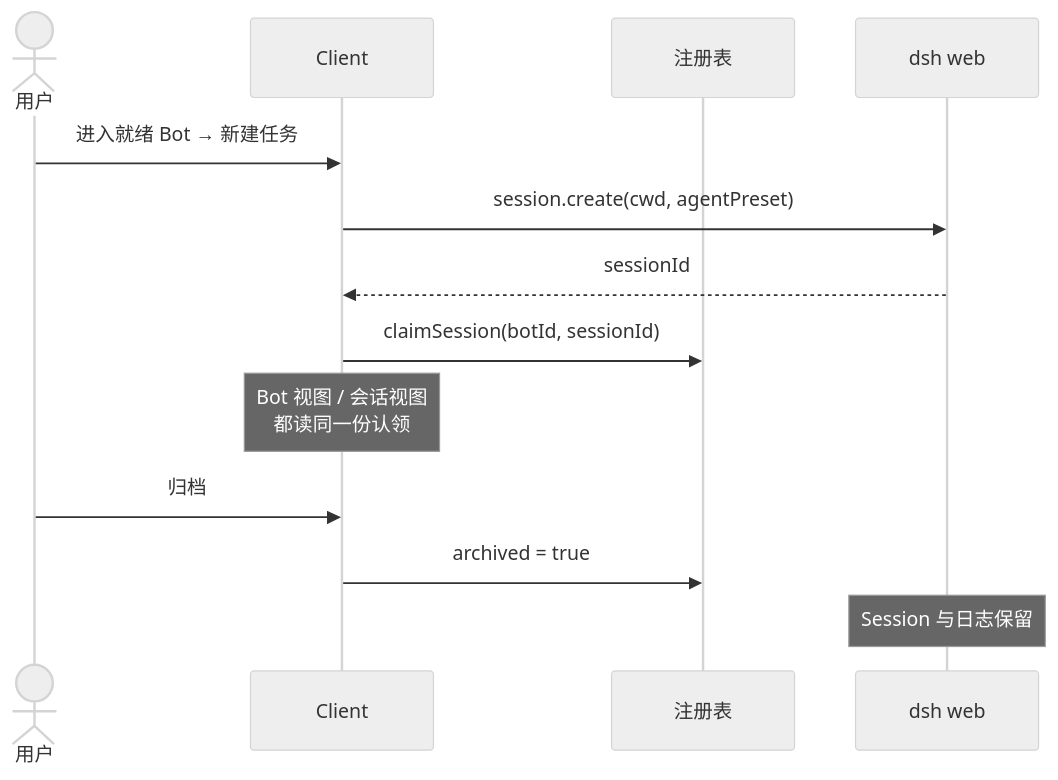
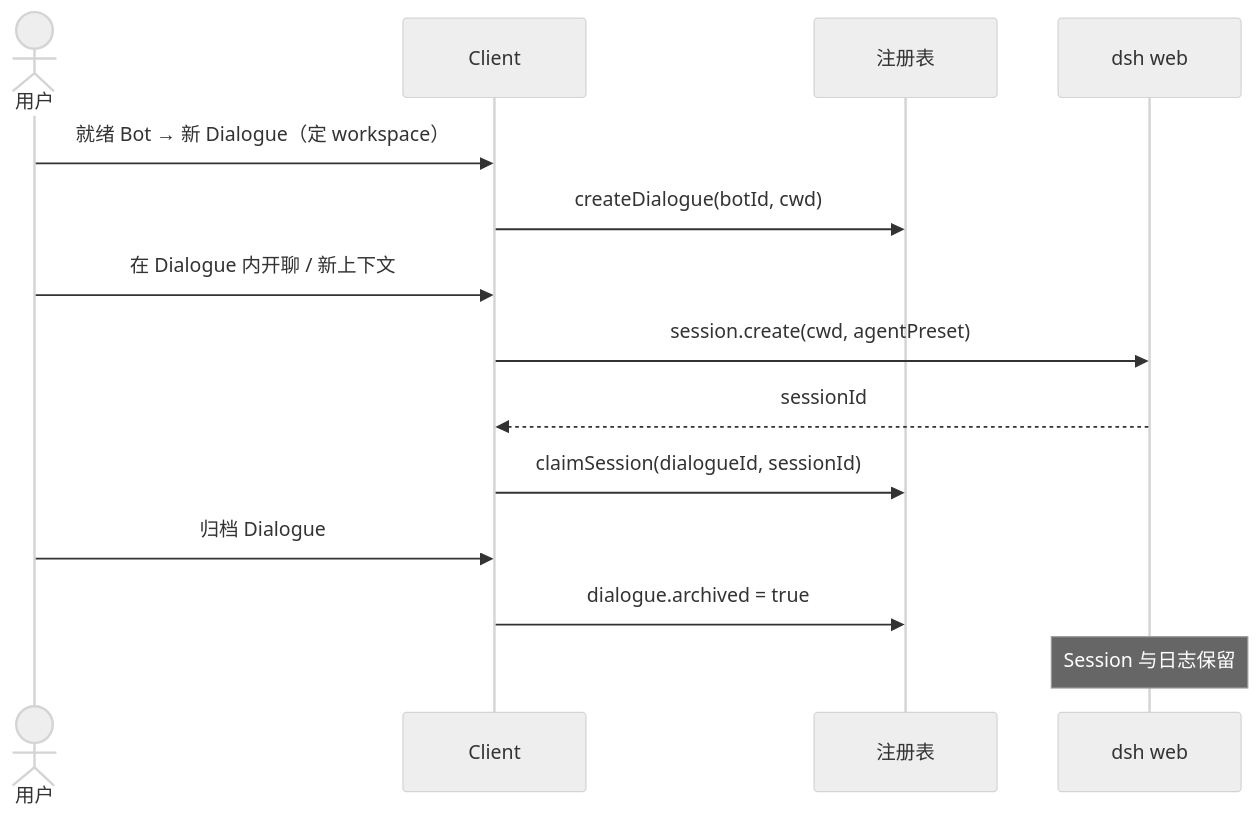
Before and after one commit to aningdev/MyAid: the fifth of 6 diagrams in docs/BOT_SESSION_MAP.md, drawn with Mermaid (neutral theme). The commit also changed other lines of this file and 26 other files, not shown here.

````diff
--- a/docs/BOT_SESSION_MAP.md
+++ b/docs/BOT_SESSION_MAP.md
@@ -104,16 +102,17 @@
 ```mermaid
 sequenceDiagram
   actor U as 用户
   participant UI as Client
   participant Reg as 注册表
   participant DSH as dsh web
 
-  U->>UI: 进入就绪 Bot → 新建任务
+  U->>UI: 就绪 Bot → 新 Dialogue（定 workspace）
+  UI->>Reg: createDialogue(botId, cwd)
+  U->>UI: 在 Dialogue 内开聊 / 新上下文
   UI->>DSH: session.create(cwd, agentPreset)
   DSH-->>UI: sessionId
-  UI->>Reg: claimSession(botId, sessionId)
-  Note over UI: Bot 视图 / 会话视图<br/>都读同一份认领
-  U->>UI: 归档
-  UI->>Reg: archived = true
+  UI->>Reg: claimSession(dialogueId, sessionId)
+  U->>UI: 归档 Dialogue
+  UI->>Reg: dialogue.archived = true
   Note over DSH: Session 与日志保留
 ```
````
